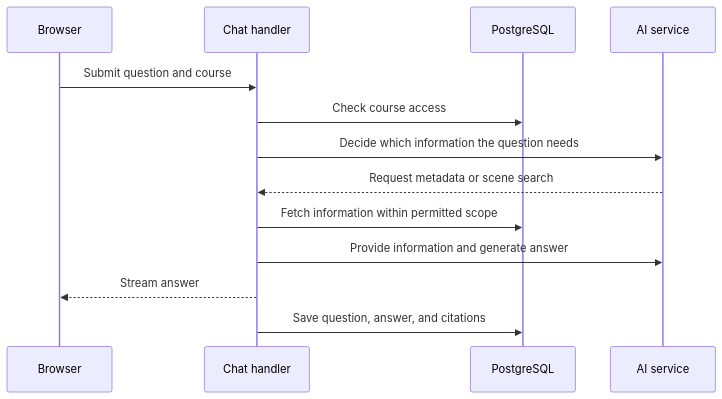
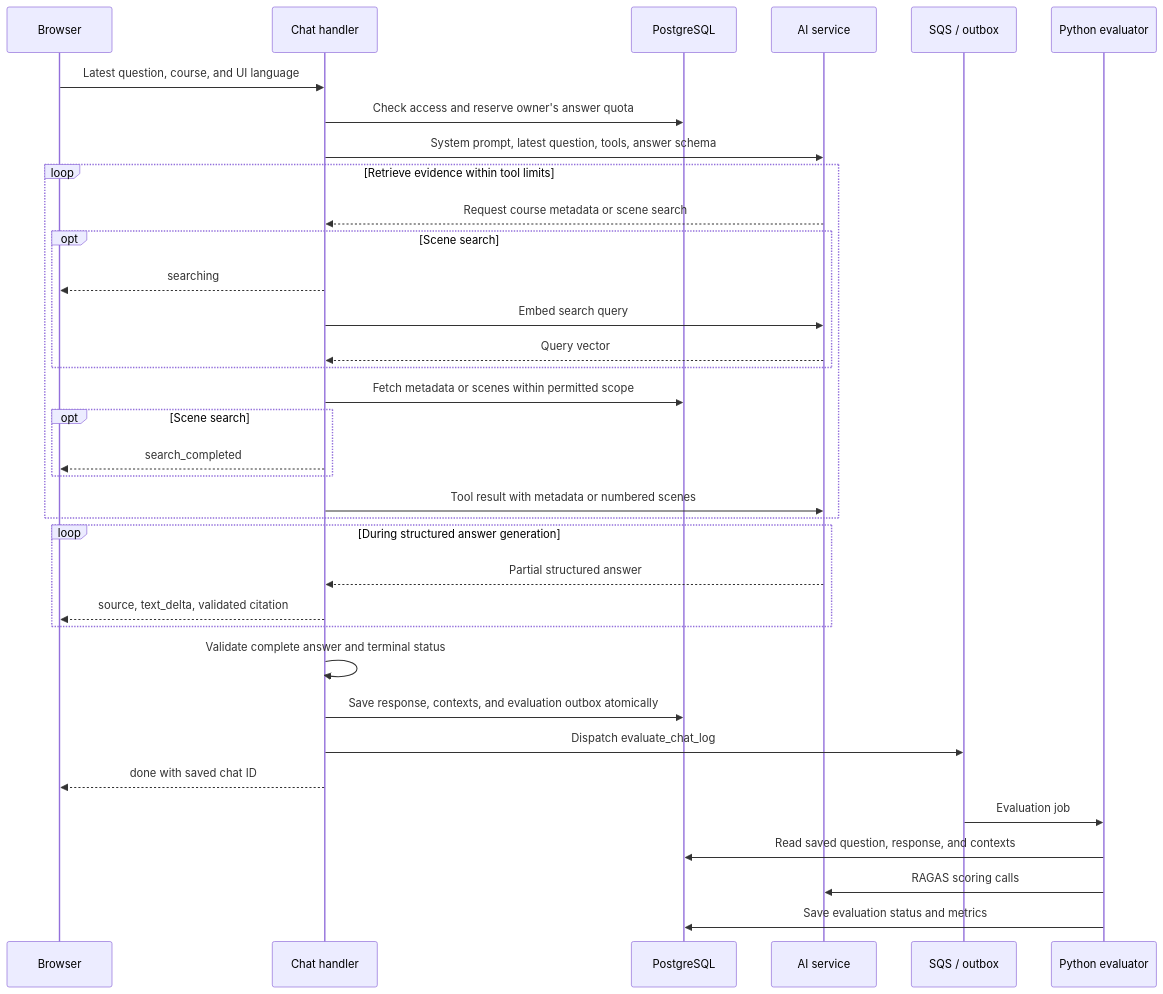
Before and after one commit to yukiharada1228/videoq: the third of 3 diagrams in docs/design/sequence-diagram.md, drawn with Mermaid. The commit also changed other lines of this file and 25 other files, not shown here.

````diff
--- a/docs/design/sequence-diagram.md
+++ b/docs/design/sequence-diagram.md
@@ -54,15 +54,37 @@
 ```mermaid
 sequenceDiagram
     participant User as Browser
     participant API as Chat handler
     participant DB as PostgreSQL
     participant AI as AI service
-    User->>API: Submit question and course
-    API->>DB: Check course access
-    API->>AI: Decide which information the question needs
-    AI-->>API: Request metadata or scene search
-    API->>DB: Fetch information within permitted scope
-    API->>AI: Provide information and generate answer
-    API-->>User: Stream answer
-    API->>DB: Save question, answer, and citations
+    participant Queue as SQS / outbox
+    participant Worker as Python evaluator
+    User->>API: Latest question, course, and UI language
+    API->>DB: Check access and reserve owner's answer quota
+    API->>AI: System prompt, latest question, tools, answer schema
+    loop Retrieve evidence within tool limits
+        AI-->>API: Request course metadata or scene search
+        opt Scene search
+            API-->>User: searching
+            API->>AI: Embed search query
+            AI-->>API: Query vector
+        end
+        API->>DB: Fetch metadata or scenes within permitted scope
+        opt Scene search
+            API-->>User: search_completed
+        end
+        API->>AI: Tool result with metadata or numbered scenes
+    end
+    loop During structured answer generation
+        AI-->>API: Partial structured answer
+        API-->>User: source, text_delta, validated citation
+    end
+    API->>API: Validate complete answer and terminal status
+    API->>DB: Save response, contexts, and evaluation outbox atomically
+    API->>Queue: Dispatch evaluate_chat_log
+    API-->>User: done with saved chat ID
+    Queue->>Worker: Evaluation job
+    Worker->>DB: Read saved question, response, and contexts
+    Worker->>AI: RAGAS scoring calls
+    Worker->>DB: Save evaluation status and metrics
 ```
````
